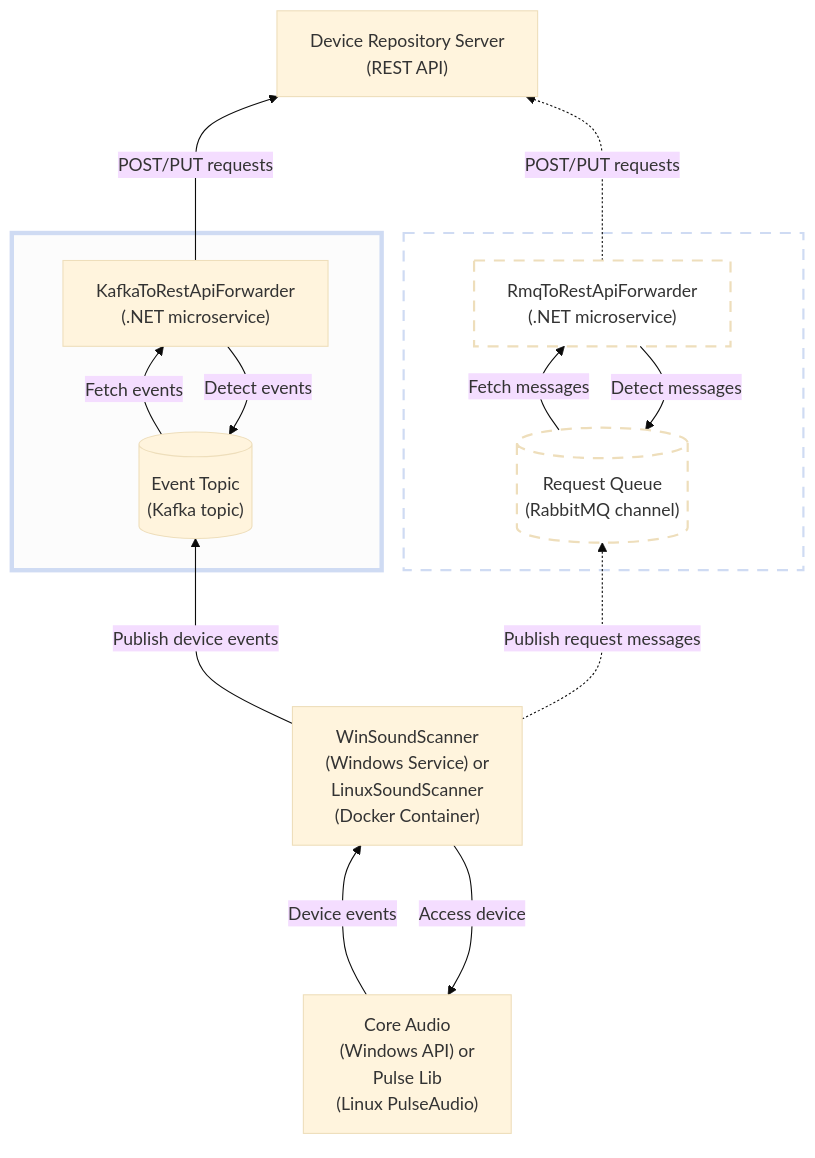
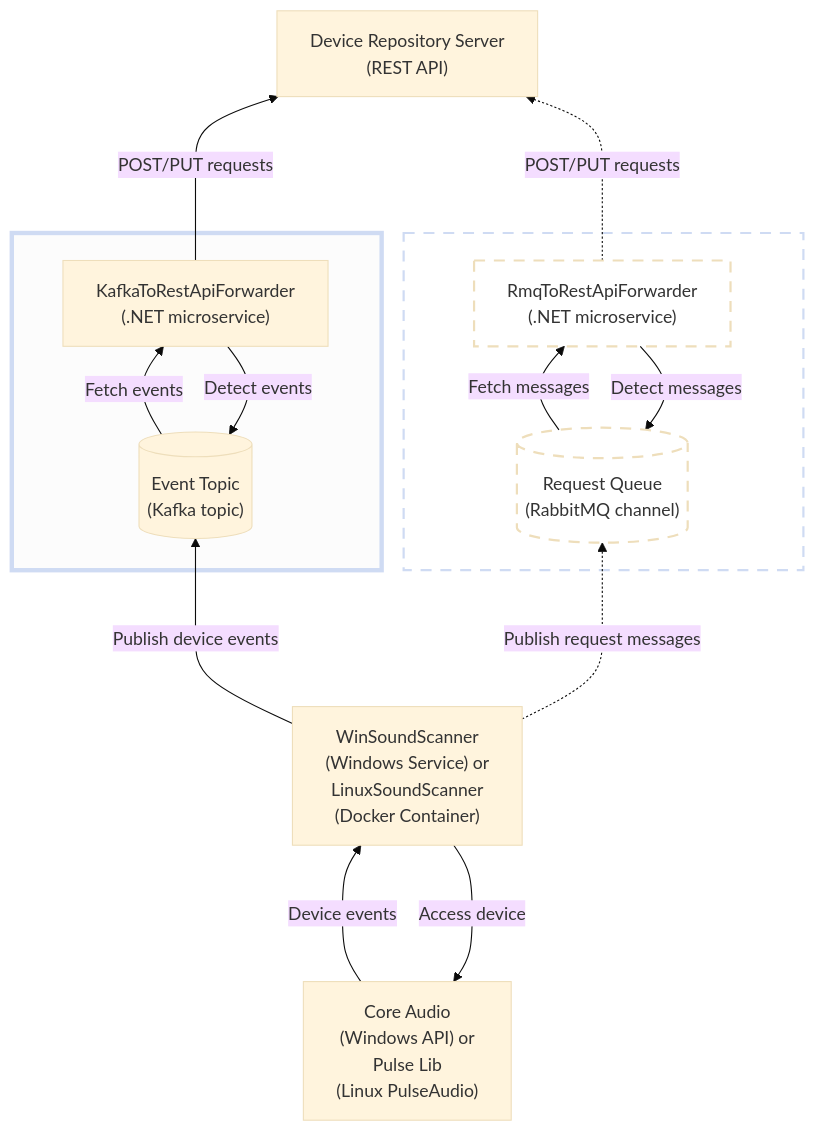
The first of 2 diagrams in README.md (collect-sound-devices/kafka-to-rest-api-forwarder), drawn with Mermaid (base theme) before and after one commit. The commit also changed other lines of this file, not shown here.

Commit message:
diagrams corrected

````diff
--- a/README.md
+++ b/README.md
@@ -17,43 +15,61 @@
 ```mermaid
 flowchart BT
 
 classDef dottedBox fill:transparent, fill-opacity:0.55, stroke-dasharray:10 8, stroke-width:2px;
 classDef stressedBox fill:#f0f0f0,fill-opacity:0.2,stroke-width:4px;
 classDef invisibleNode fill:transparent, stroke:transparent;
 
-coreAudioApi["Core Audio<br>(Windows API) or<br>Pulse Lib<br>(Linux PulseAudio)"]
+coreAudioApi["Core Audio
+(Windows API) or
+Pulse Lib
+(Linux PulseAudio)"]
 
     class invisible1 invisibleNode
-    winSoundScannerService["WinSoundScanner<br>(Windows Service) or<br>LinuxSoundScanner<br>(Docker Container)"]
-    invisible2["<br><br><br><br><br>"]
+    winSoundScannerService["WinSoundScanner
+    (Windows Service) or
+    LinuxSoundScanner
+    (Docker Container)"]
+    invisible2["
+    
+    
+    
+    
+    "]
     class invisible2 invisibleNode
 
-subgraph eventTopicKafkaMicroservice["<br>"]
-    eventTopic[("Event Topic<br>(Kafka topic)")]
-    kafkaRestForwarder["KafkaToRestApiForwarder<br>(.NET microservice)"]
+subgraph eventTopicKafkaMicroservice["
+    "]
+    eventTopic[("Event Topic
+    (Kafka topic)")]
+    kafkaRestForwarder["KafkaToRestApiForwarder
+    (.NET microservice)"]
 end
 class eventTopicKafkaMicroservice stressedBox
     
-subgraph requestQueueRabbitMqMicroservice["<br>"]
-    requestQueue[("Request Queue<br>(RabbitMQ channel)")]
+subgraph requestQueueRabbitMqMicroservice["
+"]
+    requestQueue[("Request Queue
+    (RabbitMQ channel)")]
     class requestQueue dottedBox
-    rabbitMqRestForwarder["RmqToRestApiForwarder<br>(.NET microservice)"]
+    rabbitMqRestForwarder["RmqToRestApiForwarder
+    (.NET microservice)"]
     class rabbitMqRestForwarder dottedBox
 end
 class requestQueueRabbitMqMicroservice dottedBox
 
-deviceRepositoryApi["Device Repository Server<br>(REST API)"]
+deviceRepositoryApi["Device Repository Server
+(REST API)"]
 
 winSoundScannerService --> |Access device| coreAudioApi
 coreAudioApi --->|Device events| winSoundScannerService
 
 winSoundScannerService ---> |Publish device events| eventTopic
 winSoundScannerService -..->|Publish request messages| requestQueue
 
 eventTopic -->|Fetch events| kafkaRestForwarder
 kafkaRestForwarder --> |Detect events| eventTopic
 kafkaRestForwarder --->|POST/PUT requests| deviceRepositoryApi
 requestQueue -->|Fetch messages| rabbitMqRestForwarder
 rabbitMqRestForwarder --> |Detect messages| requestQueue
 rabbitMqRestForwarder -..->|POST/PUT requests| deviceRepositoryApi
 ```
````
